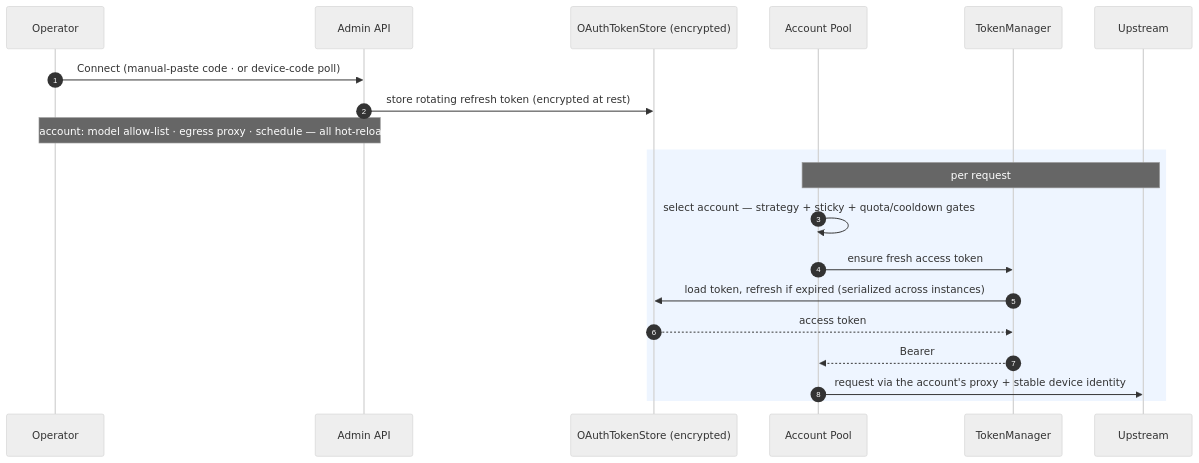
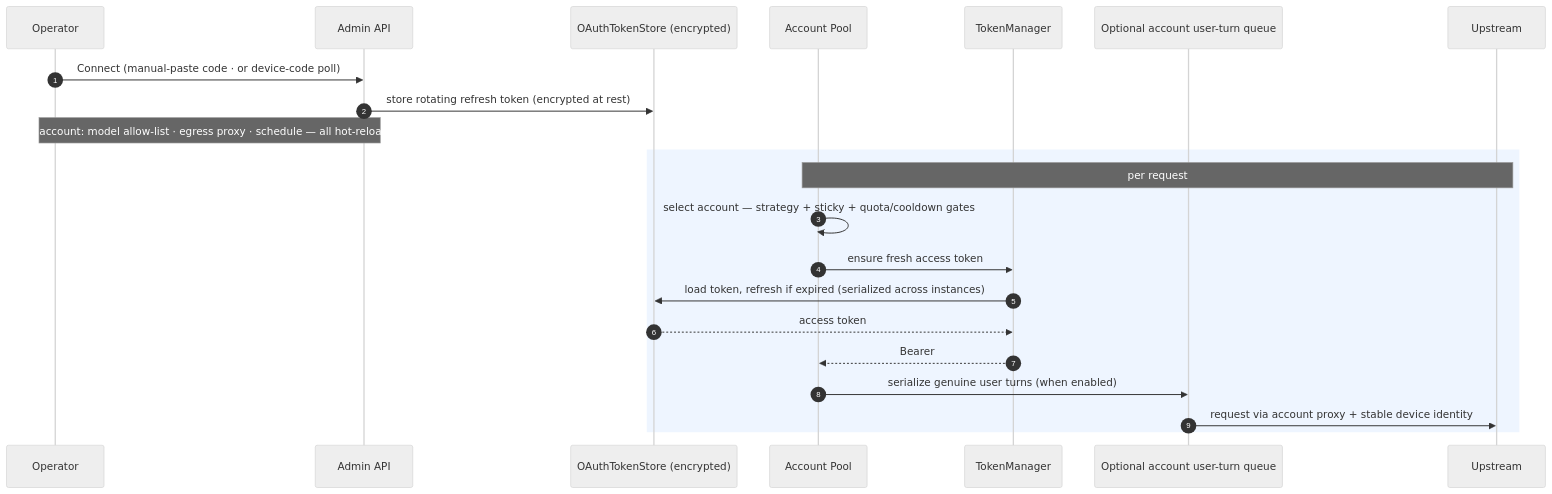
Diagram 12 of 13 in docs/architecture.md (EasyMetaAu/helm-api), drawn with Mermaid (neutral theme) before and after one commit. The commit also changed other lines of this file and 30 other files, not shown here.

````diff
--- a/docs/architecture.md
+++ b/docs/architecture.md
@@ -452,24 +560,26 @@
 ```mermaid
 sequenceDiagram
     autonumber
     participant Op as Operator
     participant AD as Admin API
     participant TS as OAuthTokenStore (encrypted)
     participant Pool as Account Pool
     participant TM as TokenManager
+    participant Q as Optional account user-turn queue
     participant Up as Upstream
 
     Op->>AD: Connect (manual-paste code · or device-code poll)
     AD->>TS: store rotating refresh token (encrypted at rest)
     Note over Op,AD: per account: model allow-list · egress proxy · schedule — all hot-reloaded
 
     rect rgb(238,245,255)
     Note over Pool,Up: per request
     Pool->>Pool: select account — strategy + sticky + quota/cooldown gates
     Pool->>TM: ensure fresh access token
     TM->>TS: load token, refresh if expired (serialized across instances)
     TS-->>TM: access token
     TM-->>Pool: Bearer
-    Pool->>Up: request via the account's proxy + stable device identity
+    Pool->>Q: serialize genuine user turns (when enabled)
+    Q->>Up: request via account proxy + stable device identity
     end
 ```
````
